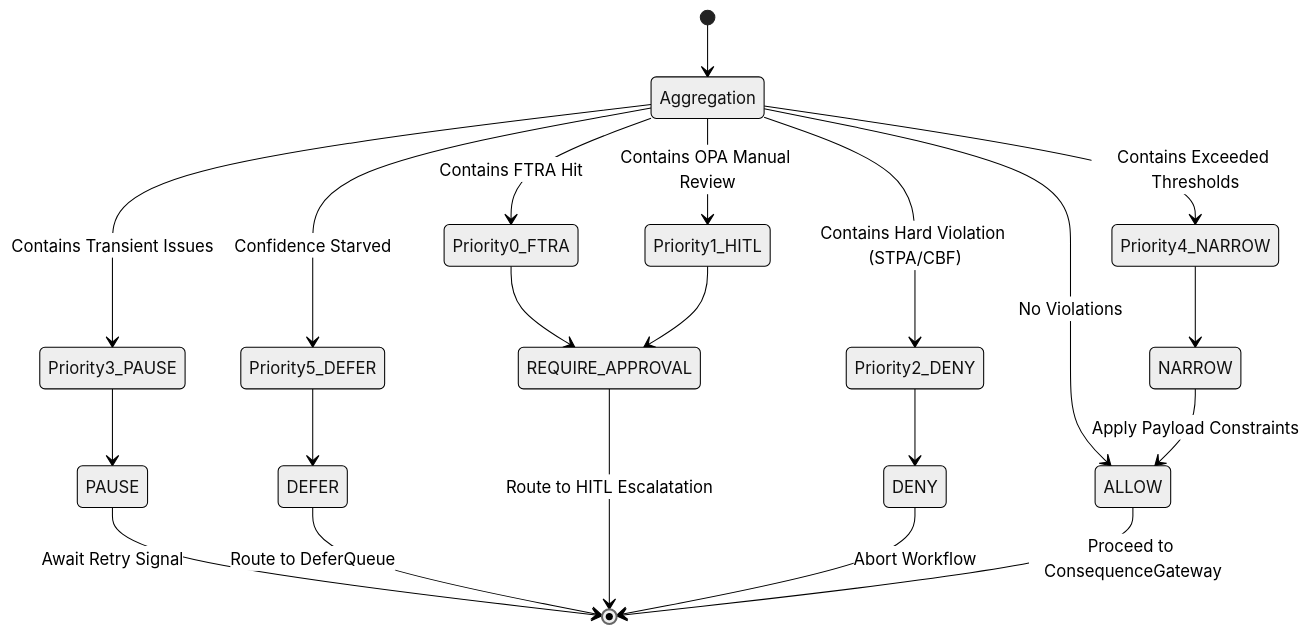
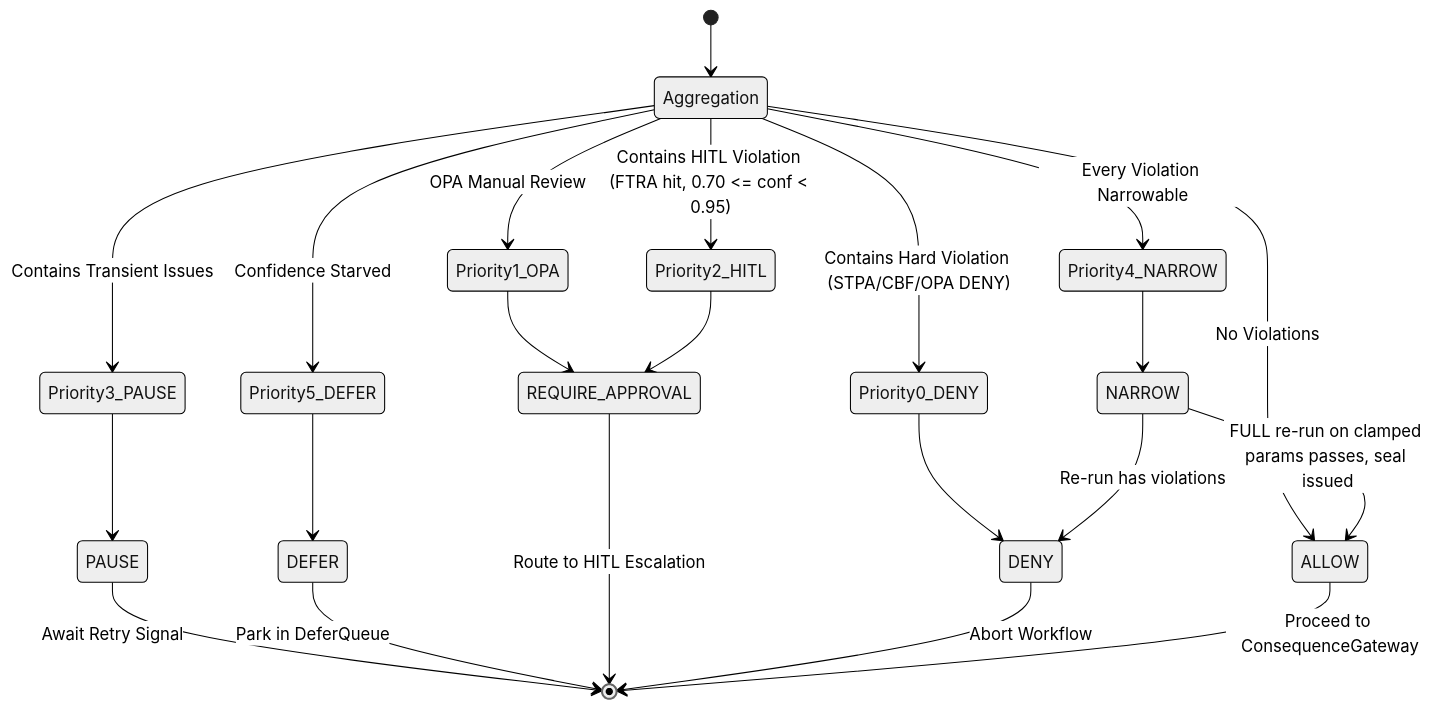
The diagram in docs/architecture/SYMBOLIC_GOVERNOR_RUNTIME.md (google/cybernetic-agent-governance-engine), drawn with Mermaid (neutral theme) before and after one commit. The commit also changed other lines of this file and 33 other files, not shown here.

Commit message:
docs(docs): sync core and architecture docs with HEAD (#324)

````diff
--- a/docs/architecture/SYMBOLIC_GOVERNOR_RUNTIME.md
+++ b/docs/architecture/SYMBOLIC_GOVERNOR_RUNTIME.md
@@ -19,25 +27,26 @@
 ```mermaid
 stateDiagram-v2
     [*] --> Aggregation
-    Aggregation --> Priority0_FTRA: Contains FTRA Hit
-    Aggregation --> Priority1_HITL: Contains OPA Manual Review
-    Aggregation --> Priority2_DENY: Contains Hard Violation (STPA/CBF)
+    Aggregation --> Priority0_DENY: Contains Hard Violation (STPA/CBF/OPA DENY)
+    Aggregation --> Priority1_OPA: OPA Manual Review
+    Aggregation --> Priority2_HITL: Contains HITL Violation (FTRA hit, 0.70 <= conf < 0.95)
     Aggregation --> Priority3_PAUSE: Contains Transient Issues
-    Aggregation --> Priority4_NARROW: Contains Exceeded Thresholds
+    Aggregation --> Priority4_NARROW: Every Violation Narrowable
     Aggregation --> Priority5_DEFER: Confidence Starved
     Aggregation --> ALLOW: No Violations
 
-    Priority0_FTRA --> REQUIRE_APPROVAL
-    Priority1_HITL --> REQUIRE_APPROVAL
-    Priority2_DENY --> DENY
+    Priority0_DENY --> DENY
+    Priority1_OPA --> REQUIRE_APPROVAL
+    Priority2_HITL --> REQUIRE_APPROVAL
     Priority3_PAUSE --> PAUSE
     Priority4_NARROW --> NARROW
     Priority5_DEFER --> DEFER
 
     PAUSE --> [*]: Await Retry Signal
-    DEFER --> [*]: Route to DeferQueue
-    REQUIRE_APPROVAL --> [*]: Route to HITL Escalatation
+    DEFER --> [*]: Park in DeferQueue
+    REQUIRE_APPROVAL --> [*]: Route to HITL Escalation
     DENY --> [*]: Abort Workflow
-    NARROW --> ALLOW: Apply Payload Constraints
+    NARROW --> ALLOW: FULL re-run on clamped params passes, seal issued
+    NARROW --> DENY: Re-run has violations
     ALLOW --> [*]: Proceed to ConsequenceGateway
 ```
````
